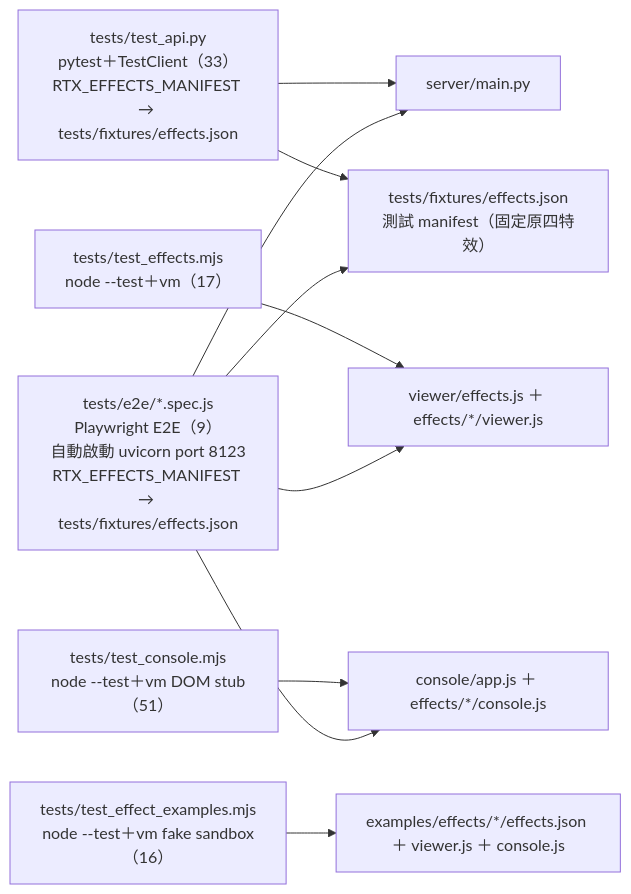
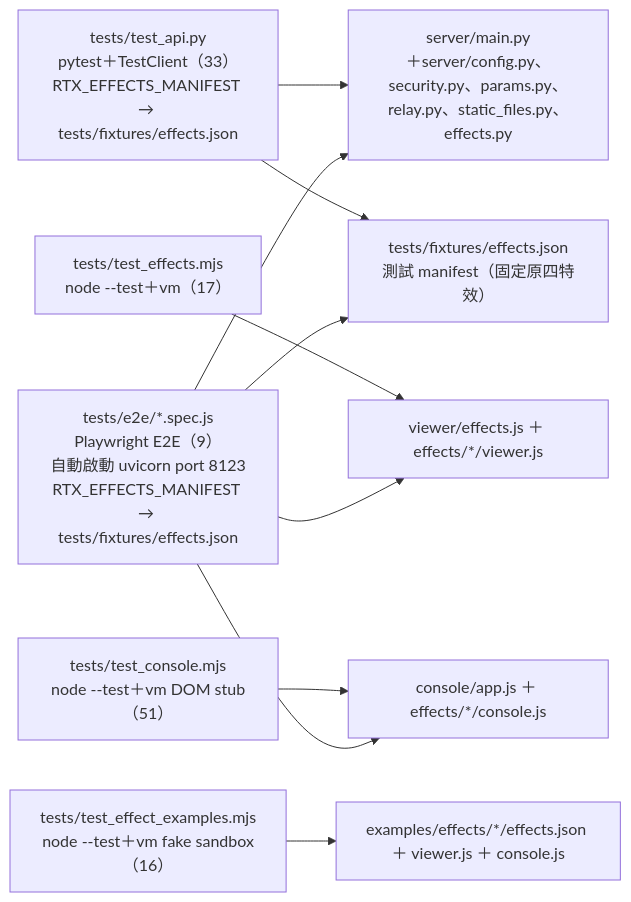
Before and after one commit to zivngit/Real-time-Interaction-html: the sixth of 6 diagrams in docs/agents/CALL_GRAPH.md, drawn with Mermaid. The commit also changed other lines of this file and 8 other files, not shown here.

````diff
--- a/docs/agents/CALL_GRAPH.md
+++ b/docs/agents/CALL_GRAPH.md
@@ -234,13 +270,13 @@
 ```mermaid
 flowchart LR
     TF["tests/fixtures/effects.json<br/>測試 manifest（固定原四特效）"]
-    TA["tests/test_api.py<br/>pytest＋TestClient（33）<br/>RTX_EFFECTS_MANIFEST → tests/fixtures/effects.json"] --> M["server/main.py"]
+    TA["tests/test_api.py<br/>pytest＋TestClient（33）<br/>RTX_EFFECTS_MANIFEST → tests/fixtures/effects.json"] --> M["server/main.py<br/>＋server/config.py、security.py、params.py、relay.py、static_files.py、effects.py"]
     TA --> TF
     TE["tests/test_effects.mjs<br/>node --test＋vm（17）"] --> S["viewer/effects.js ＋ effects/*/viewer.js"]
     TC["tests/test_console.mjs<br/>node --test＋vm DOM stub（51）"] --> K["console/app.js ＋ effects/*/console.js"]
     TX["tests/test_effect_examples.mjs<br/>node --test＋vm fake sandbox（16）"] --> X["examples/effects/*/effects.json ＋ viewer.js ＋ console.js"]
     TP["tests/e2e/*.spec.js<br/>Playwright E2E（9）<br/>自動啟動 uvicorn port 8123<br/>RTX_EFFECTS_MANIFEST → tests/fixtures/effects.json"] --> M
     TP --> K
     TP --> S
     TP --> TF
 ```
````
